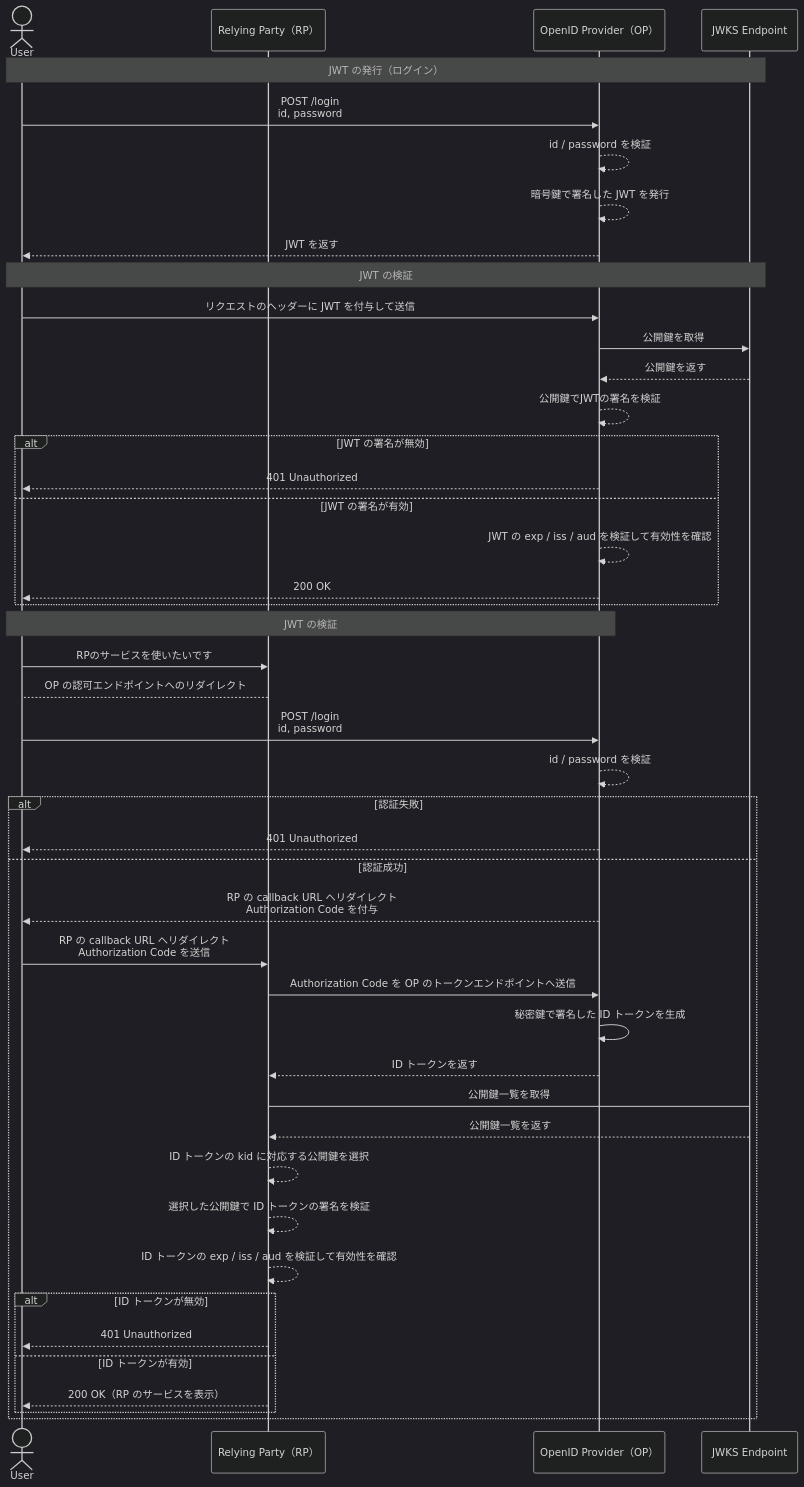
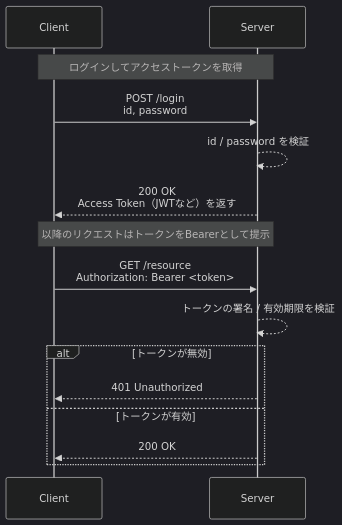
The sixth of 6 diagrams in docs/auth/authentication_and_authorization.md (Seika139/dotfiles), drawn with Mermaid (dark theme) before and after one commit. The commit also changed other lines of this file and 4 other files, not shown here.

````diff
--- a/docs/auth/authentication_and_authorization.md
+++ b/docs/auth/authentication_and_authorization.md
@@ -414,50 +399,21 @@
 ```mermaid
 sequenceDiagram
-actor U as User
-participant RP as Relying Party（RP）
-participant OP as OpenID Provider（OP）
-participant JWKS as JWKS Endpoint
 
-note over U,JWKS: JWT の発行（ログイン）
-U->>OP: POST /login<br>id, password
-OP-->>OP: id / password を検証
-OP-->>OP: 暗号鍵で署名した JWT を発行
-OP-->>U: JWT を返す
+participant Cl as Client
+participant Sv as Server
 
-Note over U,JWKS: JWT の検証
-U->>OP: リクエストのヘッダーに JWT を付与して送信
-OP->>JWKS: 公開鍵を取得
-JWKS-->>OP: 公開鍵を返す
-OP-->>OP: 公開鍵でJWTの署名を検証
-alt JWT の署名が無効
-OP-->>U: 401 Unauthorized
-else JWT の署名が有効
-  OP-->>OP: JWT の exp / iss / aud を検証して有効性を確認
-  OP-->>U: 200 OK
-end
+Note over Cl,Sv: ログインしてアクセストークンを取得
+Cl->>Sv: POST /login<br>id, password
+Sv-->>Sv: id / password を検証
+Sv-->>Cl: 200 OK<br>Access Token（JWTなど）を返す
 
-Note over U,OP: JWT の検証
-U->>RP: RPのサービスを使いたいです
-RP-->U: OP の認可エンドポイントへのリダイレクト
-U->>OP: POST /login<br>id, password
-OP-->>OP: id / password を検証
-alt 認証失敗
-  OP-->>U: 401 Unauthorized
-else 認証成功
-  OP-->>U: RP の callback URL へリダイレクト<br>Authorization Code を付与
-  U->>RP: RP の callback URL へリダイレクト<br>Authorization Code を送信
-  RP->>OP: Authorization Code を OP のトークンエンドポイントへ送信
-  OP->>OP: 秘密鍵で署名した ID トークンを生成
-  OP-->>RP: ID トークンを返す
-  RP->JWKS: 公開鍵一覧を取得
-  JWKS-->>RP: 公開鍵一覧を返す
-  RP-->>RP: ID トークンの kid に対応する公開鍵を選択
-  RP-->>RP: 選択した公開鍵で ID トークンの署名を検証
-  RP-->>RP: ID トークンの exp / iss / aud を検証して有効性を確認
-  alt ID トークンが無効
-    RP-->>U: 401 Unauthorized
-  else ID トークンが有効
-    RP-->>U: 200 OK（RP のサービスを表示）
-  end
+Note over Cl,Sv: 以降のリクエストはトークンをBearerとして提示
+Cl->>Sv: GET /resource<br>Authorization: Bearer <token>
+Sv-->>Sv: トークンの署名 / 有効期限を検証
+
+alt トークンが無効
+    Sv-->>Cl: 401 Unauthorized
+else トークンが有効
+    Sv-->>Cl: 200 OK
 end
 ```
````
